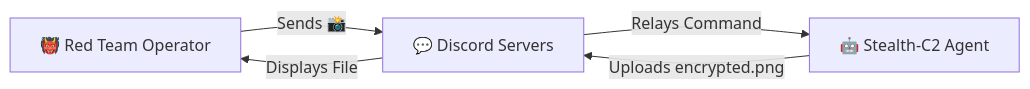
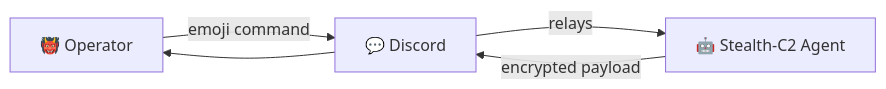
The diagram in README.md (haridevp/Stealth-C2), drawn with Mermaid before and after one commit. The commit also changed other lines of this file and 8 other files, not shown here.

````diff
--- a/README.md
+++ b/README.md
@@ -70,7 +36,7 @@
 ```mermaid
 graph LR
-    Operator[👹 Red Team Operator] -- "Sends 📸" --> Discord[💬 Discord Servers]
-    Discord -- "Relays Command" --> Agent[🤖 Stealth-C2 Agent]
-    Agent -- "Uploads encrypted.png" --> Discord
-    Discord -- "Displays File" --> Operator
+    Operator[👹 Operator] -- "emoji command" --> Discord[💬 Discord]
+    Discord -- relays --> Agent[🤖 Stealth-C2 Agent]
+    Agent -- "encrypted payload" --> Discord
+    Discord --> Operator
 ```
````
